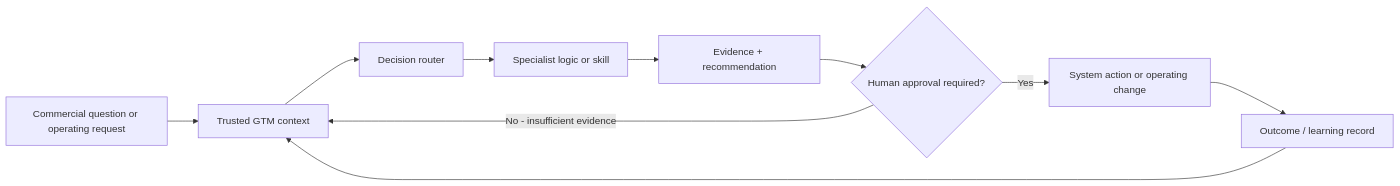
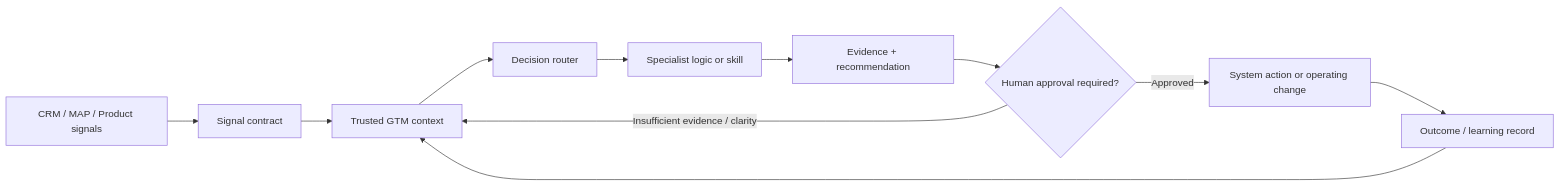
One commit to christopher-swarup-labs/portfolio-index changed the diagram in AI-GTM-OPS.md. Above: the diagram before and after it, drawn with Mermaid. The commit also changed other lines of this file, not shown here.

Commit message:
Add event-driven signal layer to AI GTM Operations

````diff
--- a/AI-GTM-OPS.md
+++ b/AI-GTM-OPS.md
@@ -13,17 +13,17 @@
 ```mermaid
 flowchart LR
-    A[Commercial question or operating request]
-    B[Trusted GTM context]
-    C[Decision router]
-    D[Specialist logic or skill]
-    E[Evidence + recommendation]
-    F{Human approval required?}
-    G[System action or operating change]
-    H[Outcome / learning record]
+    A[CRM / MAP / Product signals]
+    B[Signal contract]
+    C[Trusted GTM context]
+    D[Decision router]
+    E[Specialist logic or skill]
+    F[Evidence + recommendation]
+    G{Human approval required?}
+    H[System action or operating change]
+    I[Outcome / learning record]
 
-    A --> B --> C --> D --> E --> F
-    F -->|Yes| G
-    F -->|No - insufficient evidence| B
-    G --> H
-    H --> B
+    A --> B --> C --> D --> E --> F --> G
+    G -->|Approved| H --> I
+    G -->|Insufficient evidence / clarity| C
+    I --> C
 ```
````
